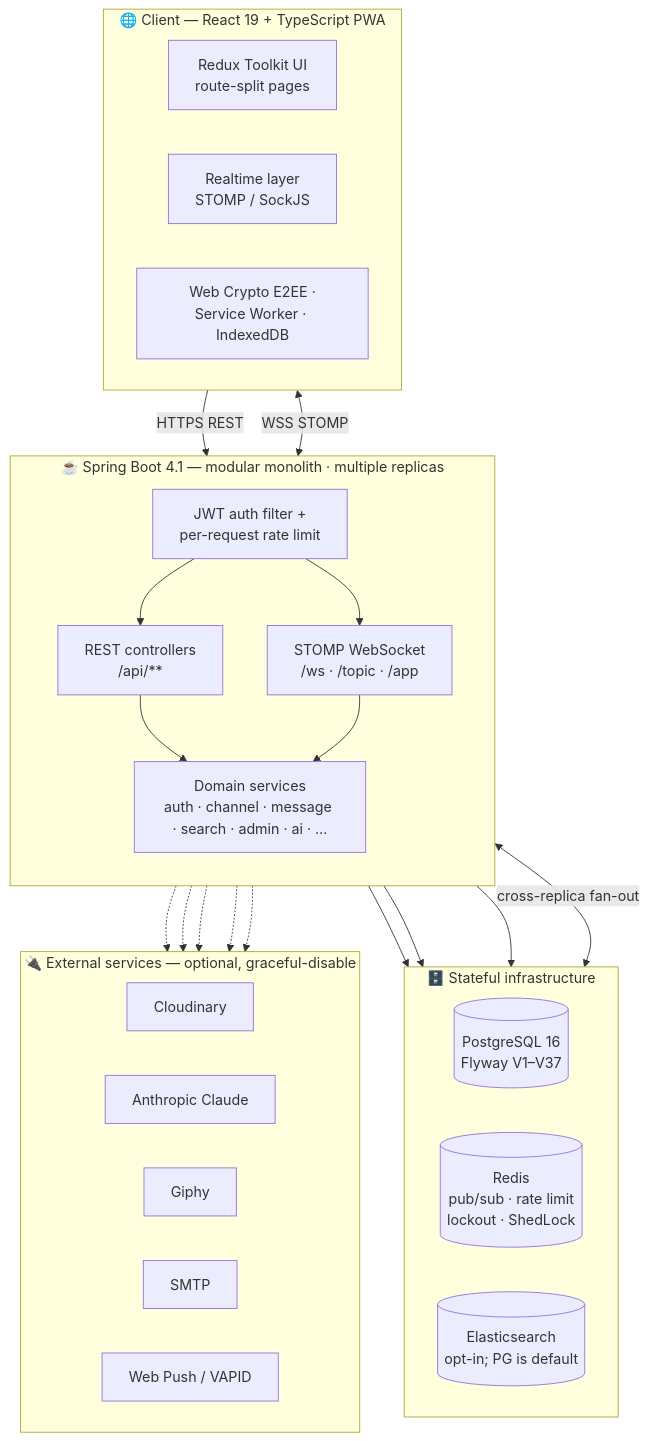
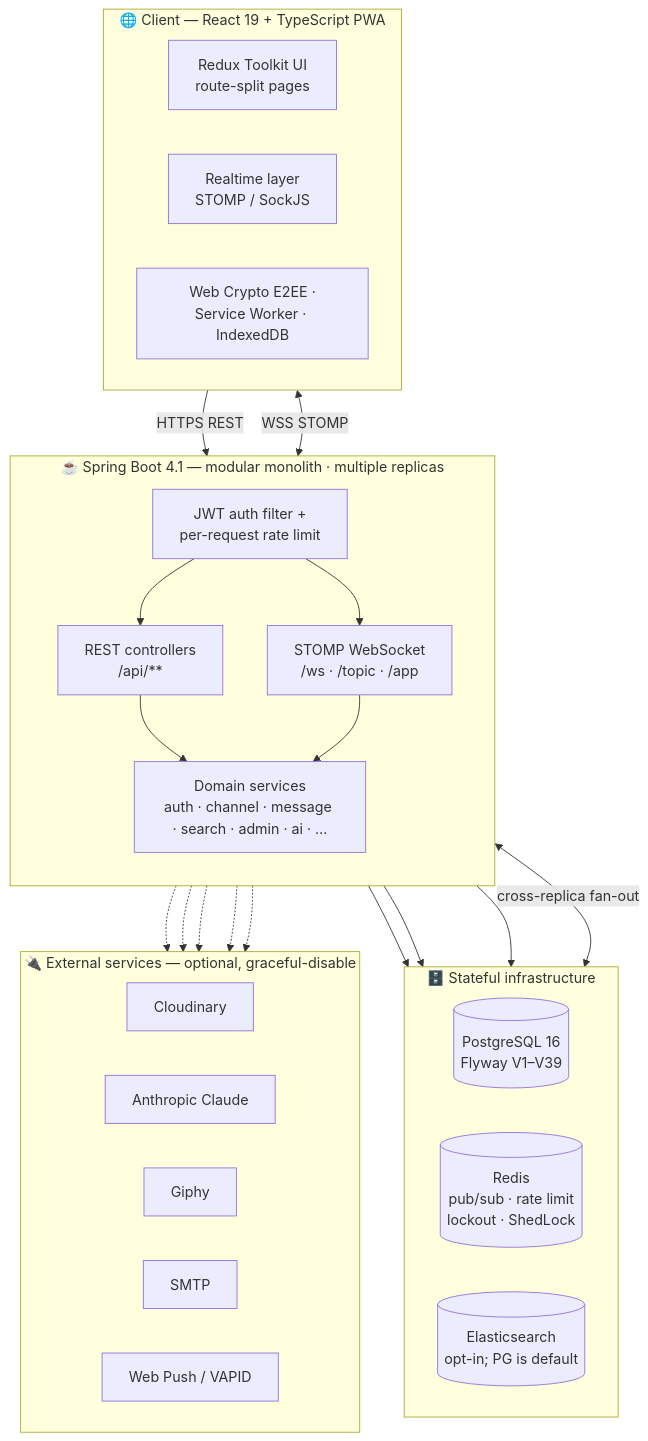
One commit to YusufKosarDev/ripplechat changed the diagram in README.md. Above: the diagram before and after it, drawn with Mermaid. The commit also changed other lines of this file and 36 other files, not shown here.

````diff
--- a/README.md
+++ b/README.md
@@ -259,43 +259,43 @@
 ```mermaid
 flowchart TB
     subgraph Client["🌐 Client — React 19 + TypeScript PWA"]
         direction LR
         UI["Redux Toolkit UI<br/>route-split pages"]
         RT["Realtime layer<br/>STOMP / SockJS"]
         SEC["Web Crypto E2EE ·<br/>Service Worker · IndexedDB"]
     end
 
     subgraph Backend["☕ Spring Boot 4.1 — modular monolith · multiple replicas"]
         direction TB
         JWT["JWT auth filter +<br/>per-request rate limit"]
         REST["REST controllers<br/>/api/**"]
         WS["STOMP WebSocket<br/>/ws · /topic · /app"]
         SVC["Domain services<br/>auth · channel · message · search · admin · ai · …"]
         JWT --> REST --> SVC
         JWT --> WS --> SVC
     end
 
     subgraph Data["🗄️ Stateful infrastructure"]
         direction LR
-        PG[("PostgreSQL 16<br/>Flyway V1–V37")]
+        PG[("PostgreSQL 16<br/>Flyway V1–V39")]
         RD[("Redis<br/>pub/sub · rate limit<br/>lockout · ShedLock")]
         ES[("Elasticsearch<br/>opt-in; PG is default")]
     end
 
     subgraph Ext["🔌 External services — optional, graceful-disable"]
         direction LR
         CL["Cloudinary"]
         AN["Anthropic Claude"]
         GF["Giphy"]
         SM["SMTP"]
         VP["Web Push / VAPID"]
     end
 
     UI -->|HTTPS REST| REST
     RT <-->|WSS STOMP| WS
     SVC --> PG
     SVC --> ES
     SVC --> RD
     WS <-->|cross-replica fan-out| RD
     SVC -.-> CL & AN & GF & SM & VP
 ```
````
